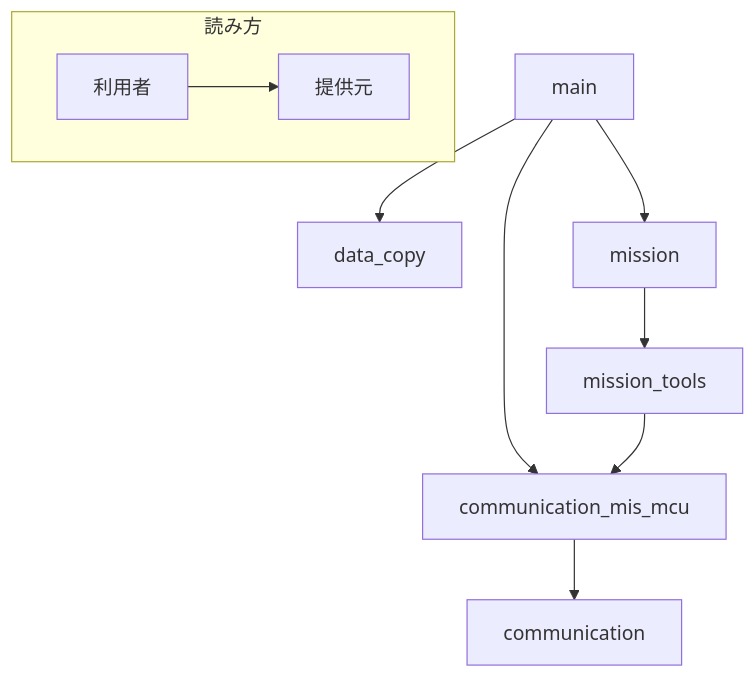
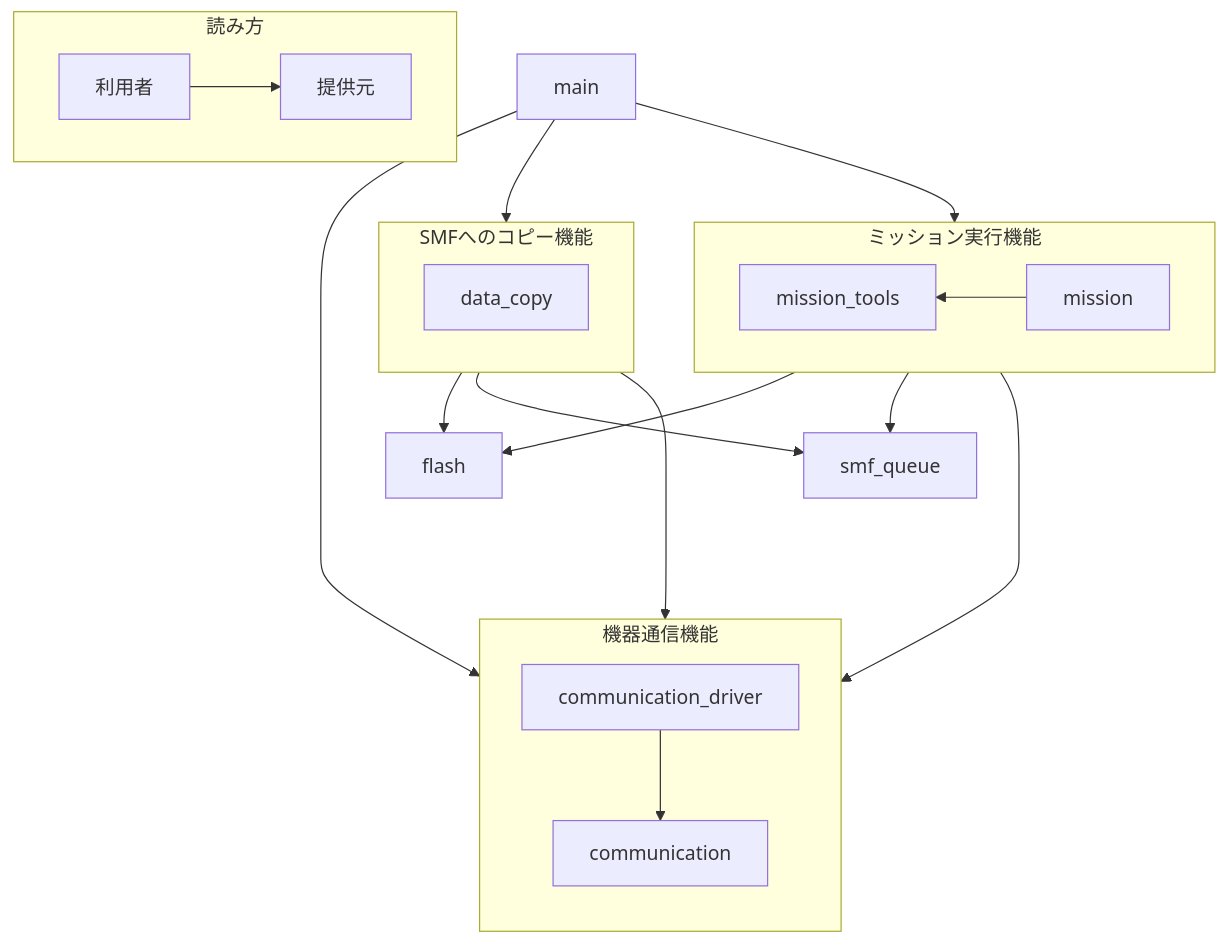
Before and after one commit to CIT-GARDENs-Organization/MIS_MCU_CCSC: the diagram in docs/design.md, drawn with Mermaid. The commit also changed other lines of this file and 28 other files, not shown here.

````diff
--- a/docs/design.md
+++ b/docs/design.md
@@ -32,13 +15,36 @@
 ```mermaid 
 graph TD
     subgraph 読み方
     direction LR
         利用者 --> 提供元
     end
+
+    subgraph ミッション実行機能
+        direction RL
+        mission --> mission_tools
+    end
+    
+    mission --> flash
+
+
+    subgraph SMFへのコピー機能
+        direction LR
+        data_copy
+    end
+ data_copy --> flash
+    subgraph 機器通信機能
+        direction TB
+        communication_driver --> communication
+    end
+
+
+    main --> communication_driver
+    main --> mission
     main --> data_copy
-    main --> communication_mis_mcu
-    communication_mis_mcu --> communication
-    main --> mission
-    mission --> mission_tools
-    mission_tools --> communication_mis_mcu
+
+        mission_tools --> communication_driver
+    mission --> smf_queue
+
+    data_copy ----> communication_driver
+    data_copy --> smf_queue
 ```
````
